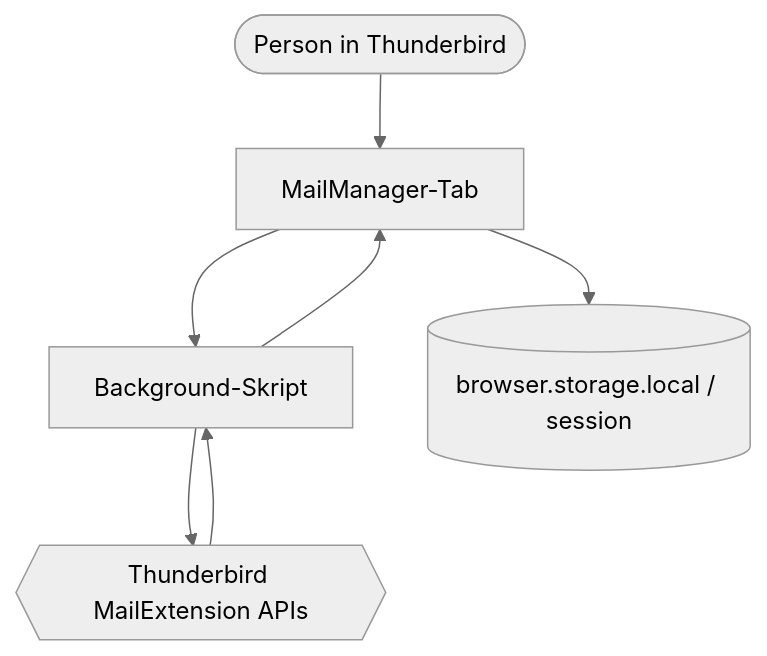
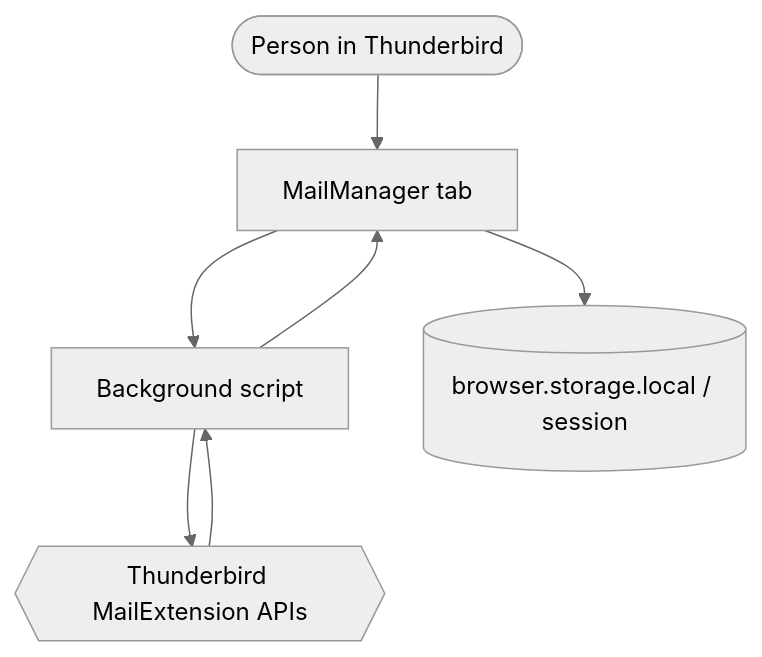
One commit to mrAibo/Mail_Manager changed the diagram in README.md. Above: the diagram before and after it, drawn with Mermaid (neutral theme). The commit also changed other lines of this file, not shown here.

````diff
--- a/README.md
+++ b/README.md
@@ -103,9 +103,9 @@
 ```mermaid
 flowchart TD
-    U([Person in Thunderbird]) --> T[MailManager-Tab]
-    T --> B[Background-Skript]
+    U([Person in Thunderbird]) --> T[MailManager tab]
+    T --> B[Background script]
     B --> A{{Thunderbird MailExtension APIs}}
     A --> B
     B --> T
     T --> S[(browser.storage.local / session)]
 ```
````
